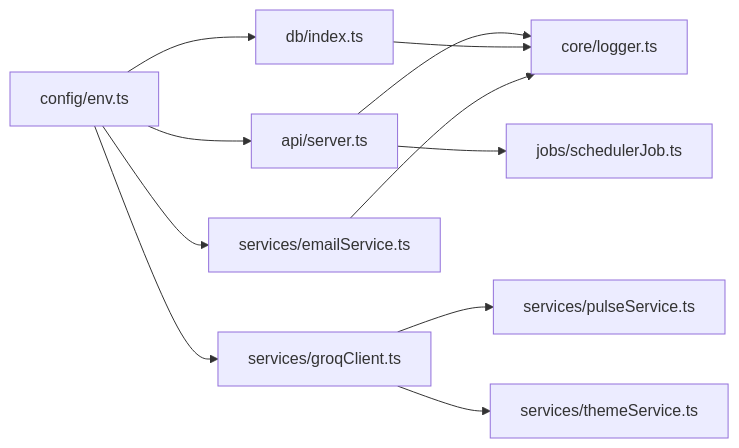
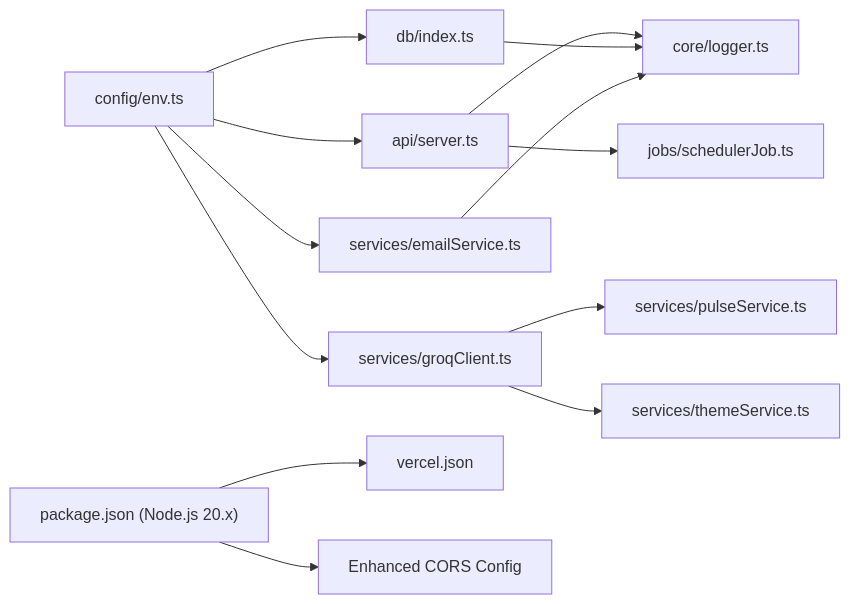
Before and after one commit to aravinthraj-ramalingam/Groww-App-Review-Insights-Analyzer-: the fourth of 4 diagrams in .qoder/repowiki/en/content/Configuration Management.md, drawn with Mermaid. The commit also changed other lines of this file and 3 other files, not shown here.

````diff
--- a/.qoder/repowiki/en/content/Configuration Management.md
+++ b/.qoder/repowiki/en/content/Configuration Management.md
@@ -270,13 +340,15 @@
 ```mermaid
 graph LR
 ENV["config/env.ts"] --> DBIDX["db/index.ts"]
 ENV --> SRV["api/server.ts"]
 ENV --> GROQ["services/groqClient.ts"]
 ENV --> EMAIL["services/emailService.ts"]
 SRV --> SCHED["jobs/schedulerJob.ts"]
 GROQ --> PULSE["services/pulseService.ts"]
 GROQ --> THEME["services/themeService.ts"]
 SRV --> LOG["core/logger.ts"]
 DBIDX --> LOG
 EMAIL --> LOG
+PKG["package.json (Node.js 20.x)"] --> VERCEL["vercel.json"]
+PKG --> CORS["Enhanced CORS Config"]
 ```
````
